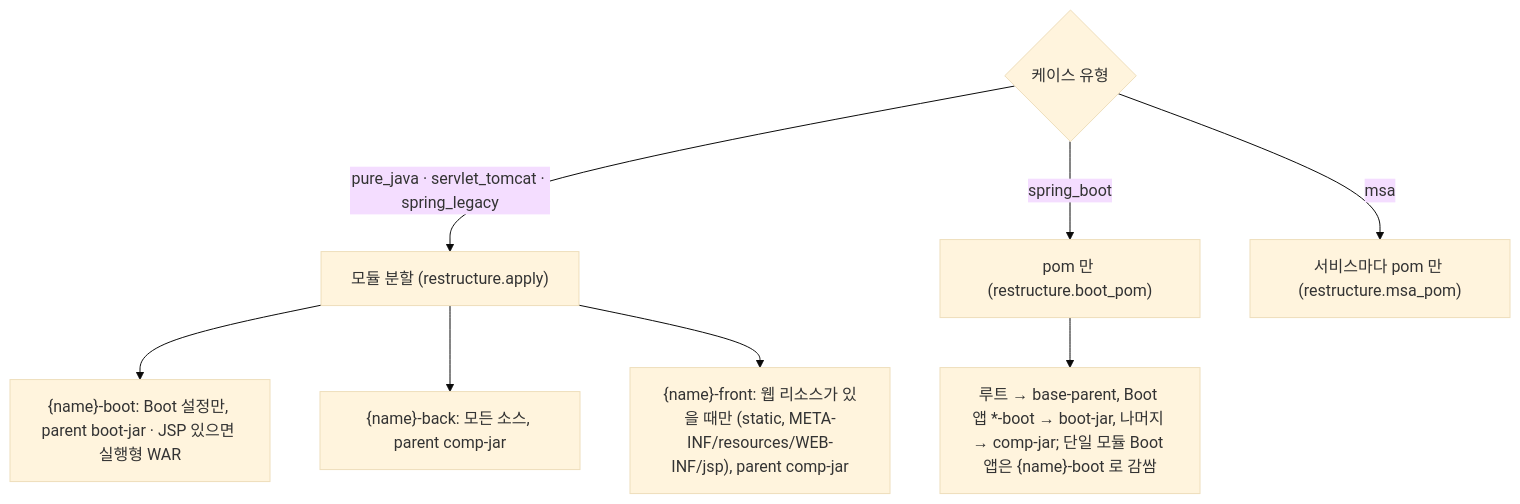
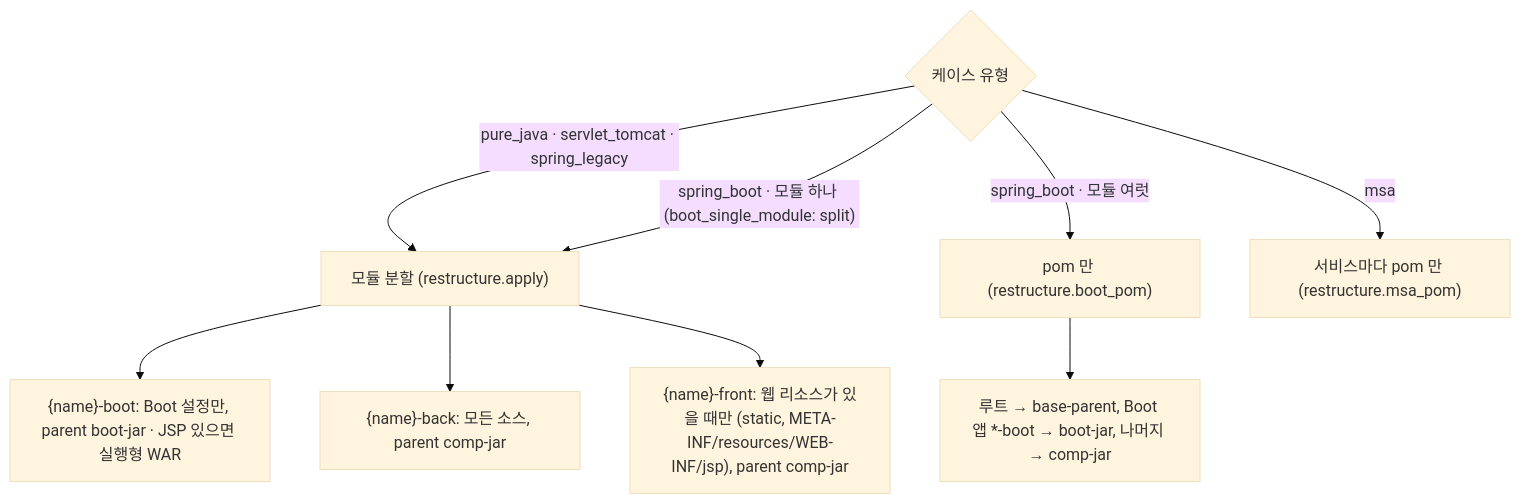
The seventh of 8 diagrams in docs/migration-agent/README.md (acandiatale/tutu), drawn with Mermaid (base theme) before and after one commit. The commit also changed other lines of this file and 54 other files, not shown here.

First line of the commit message:
A single-module Spring Boot app is split into the company's modules

````diff
--- a/docs/migration-agent/README.md
+++ b/docs/migration-agent/README.md
@@ -354,10 +354,11 @@
 ```mermaid
 flowchart TD
   P{"케이스 유형"} -->|"pure_java · servlet_tomcat · spring_legacy"| SPLIT["모듈 분할 (restructure.apply)"]
-  P -->|"spring_boot"| BOOT["pom 만 (restructure.boot_pom)"]
+  P -->|"spring_boot · 모듈 하나 (boot_single_module: split)"| SPLIT
+  P -->|"spring_boot · 모듈 여럿"| BOOT["pom 만 (restructure.boot_pom)"]
   P -->|"msa"| MSA["서비스마다 pom 만 (restructure.msa_pom)"]
   SPLIT --> S1["{name}-boot: Boot 설정만, parent boot-jar · JSP 있으면 실행형 WAR"]
   SPLIT --> S2["{name}-back: 모든 소스, parent comp-jar"]
   SPLIT --> S3["{name}-front: 웹 리소스가 있을 때만 (static, META-INF/resources/WEB-INF/jsp), parent comp-jar"]
-  BOOT --> B1["루트 → base-parent, Boot 앱 *-boot → boot-jar, 나머지 → comp-jar; 단일 모듈 Boot 앱은 {name}-boot 로 감쌈"]
+  BOOT --> B1["루트 → base-parent, Boot 앱 *-boot → boot-jar, 나머지 → comp-jar"]
 ```
````
